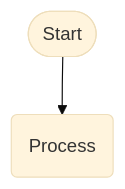
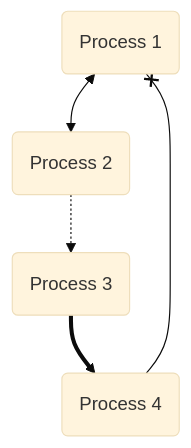
Before and after one commit to pingpm/mermaid_vault: the diagram in mmd/123_04d97162-0453-404a-a3b5-2b88ef3dc39f.mmd, drawn with Mermaid (base theme). The commit also changed 6 other files, not shown here.

Commit message:
Sync Mermaid Studio data (26 diagrams)

```diff
--- a/mmd/123_04d97162-0453-404a-a3b5-2b88ef3dc39f.mmd
+++ b/mmd/123_04d97162-0453-404a-a3b5-2b88ef3dc39f.mmd
@@ -1,4 +1,9 @@
 flowchart TD
-  n_0(["Start"])
-  n_1("Process")
-  n_0 --> n_1
+  n_0("Process 1")
+  n_1("Process 2")
+  n_2("Process 3")
+  n_3("Process 4")
+  n_0 <--> n_1
+  n_1 -.-> n_2
+  n_2 ==> n_3
+  n_3 --x n_0
```
